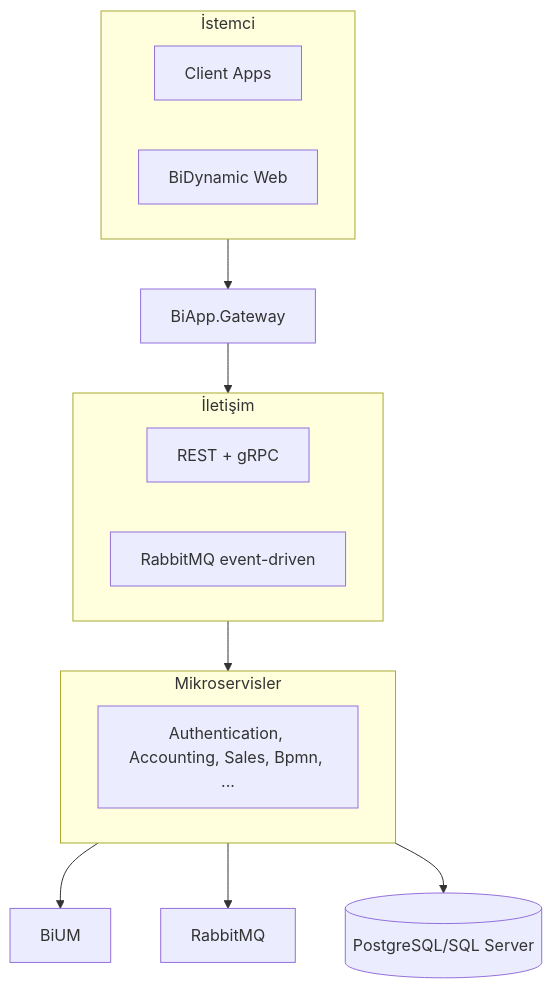
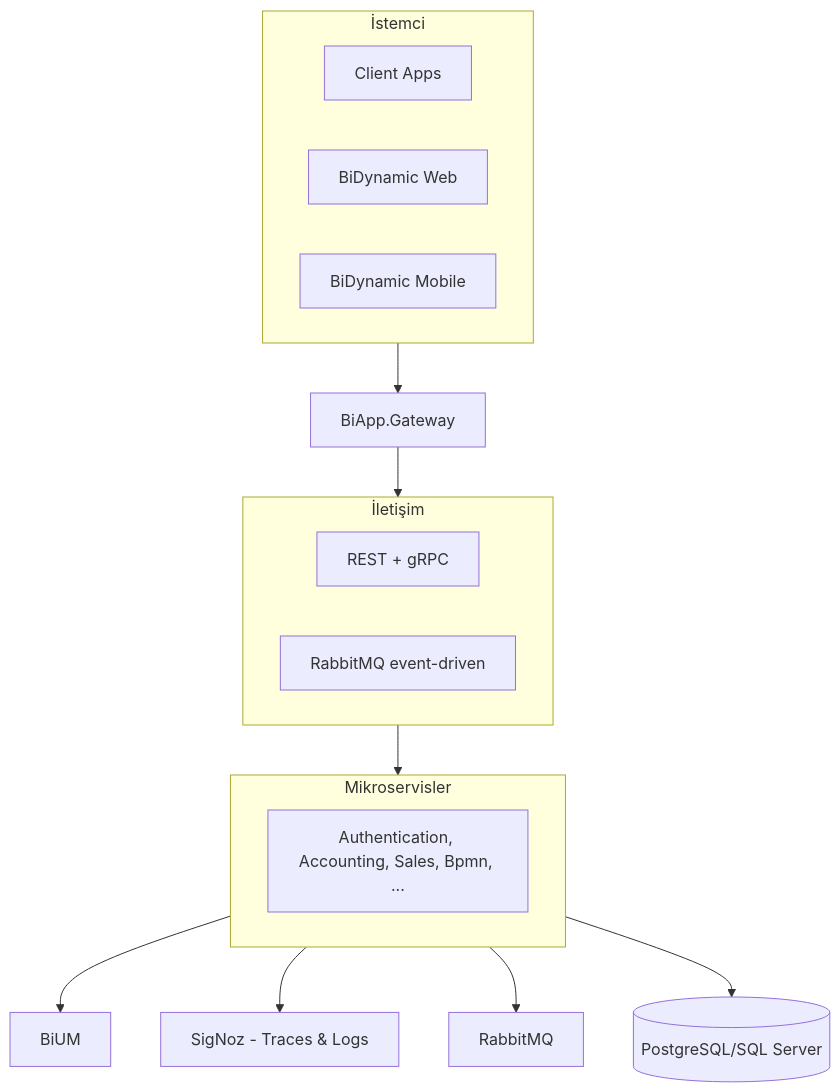
The second of 2 diagrams in docs/BiDynamic_Topology.md (FOA-FunctiOnAir/BiUM), drawn with Mermaid before and after one commit. The commit also changed other lines of this file and 3 other files, not shown here.

````diff
--- a/docs/BiDynamic_Topology.md
+++ b/docs/BiDynamic_Topology.md
@@ -62,31 +69,34 @@
 ```mermaid
 flowchart TB
     subgraph Client["İstemci"]
         CA[Client Apps]
         BDW[BiDynamic Web]
+        BDM[BiDynamic Mobile]
     end
 
     GW[BiApp.Gateway]
 
     subgraph Comm["İletişim"]
         direction LR
         R[REST + gRPC]
         E[RabbitMQ event-driven]
     end
 
     subgraph Micro["Mikroservisler"]
         direction LR
         M[Authentication, Accounting, Sales, Bpmn, ...]
     end
 
     BIUM[BiUM]
+    SigNoz[SigNoz - Traces & Logs]
     Rabbit[RabbitMQ]
     DB[(PostgreSQL/SQL Server)]
 
     Client --> GW
     GW --> Comm
     Comm --> Micro
     Micro --> BIUM
+    Micro --> SigNoz
     Micro --> Rabbit
     Micro --> DB
 ```
````
